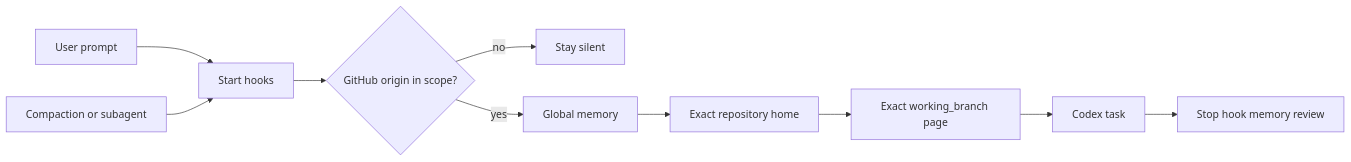
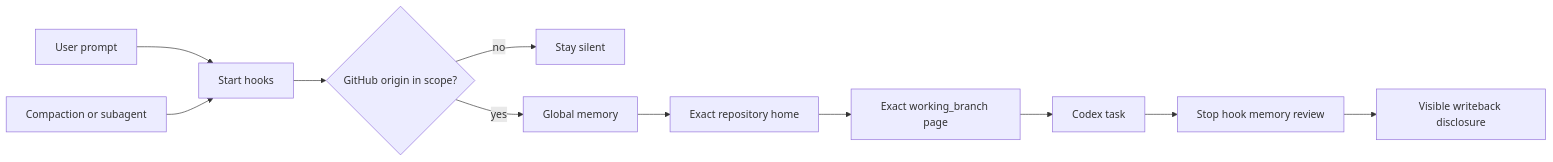
The diagram in README.md (Wang-Ruibin/codex-obsidian-memory), drawn with Mermaid before and after one commit. The commit also changed other lines of this file and 14 other files, not shown here.

````diff
--- a/README.md
+++ b/README.md
@@ -73,12 +76,13 @@
 ```mermaid
 flowchart LR
     A[User prompt] --> B[Start hooks]
     C[Compaction or subagent] --> B
     B --> D{GitHub origin in scope?}
     D -- no --> E[Stay silent]
     D -- yes --> F[Global memory]
     F --> G[Exact repository home]
     G --> H[Exact working_branch page]
     H --> I[Codex task]
     I --> J[Stop hook memory review]
+    J --> K[Visible writeback disclosure]
 ```
````
